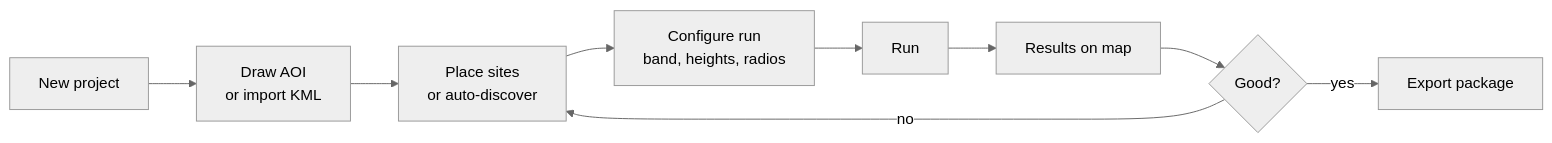
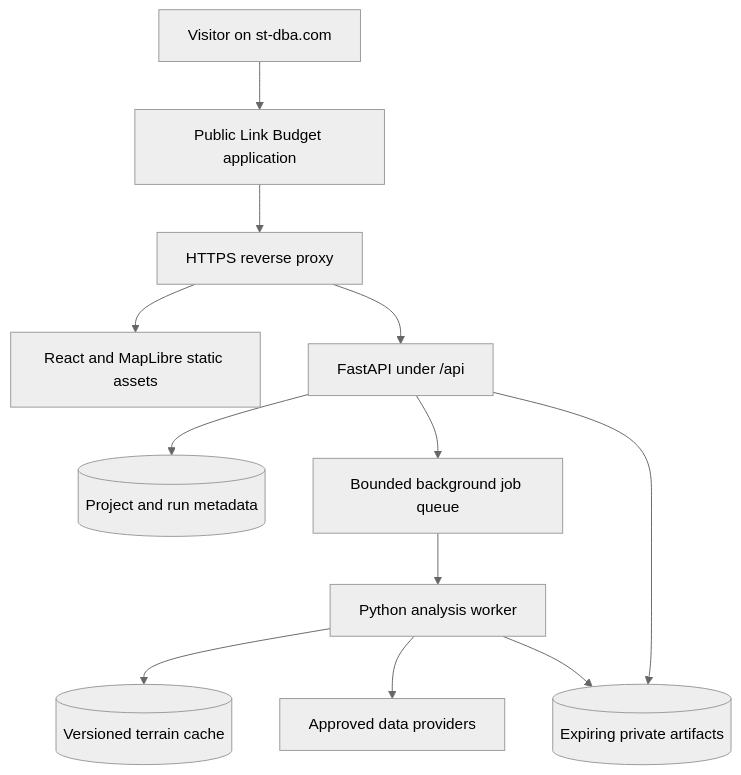
One commit to AzJester/LinkAnalysisTool changed the diagram in docs/BUILD_PLAN.md. Above: the diagram before and after it, drawn with Mermaid (neutral theme). The commit also changed other lines of this file and 45 other files, not shown here.

First line of the commit message:
Build and deploy the public link budget application (#1)

````diff
--- a/docs/BUILD_PLAN.md
+++ b/docs/BUILD_PLAN.md
@@ -270,11 +23,14 @@
 ```mermaid
-flowchart LR
-  A[New project] --> B[Draw AOI<br/>or import KML]
-  B --> C[Place sites<br/>or auto-discover]
-  C --> D[Configure run<br/>band, heights, radios]
-  D --> E[Run]
-  E --> F[Results on map]
-  F --> G{Good?}
-  G -- no --> C
-  G -- yes --> H[Export package]
+flowchart TD
+  A[Visitor on st-dba.com] --> B[Public Link Budget application]
+  B --> C[HTTPS reverse proxy]
+  C --> D[React and MapLibre static assets]
+  C --> E[FastAPI under /api]
+  E --> F[(Project and run metadata)]
+  E --> G[Bounded background job queue]
+  G --> H[Python analysis worker]
+  H --> I[(Versioned terrain cache)]
+  H --> J[Approved data providers]
+  H --> K[(Expiring private artifacts)]
+  E --> K
 ```
````
